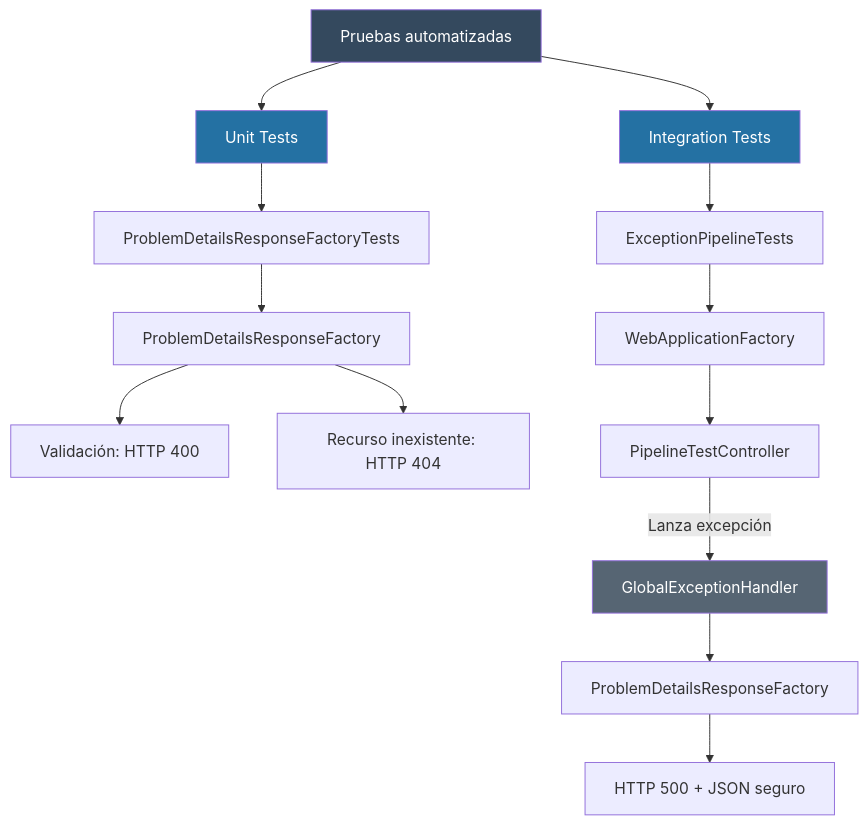
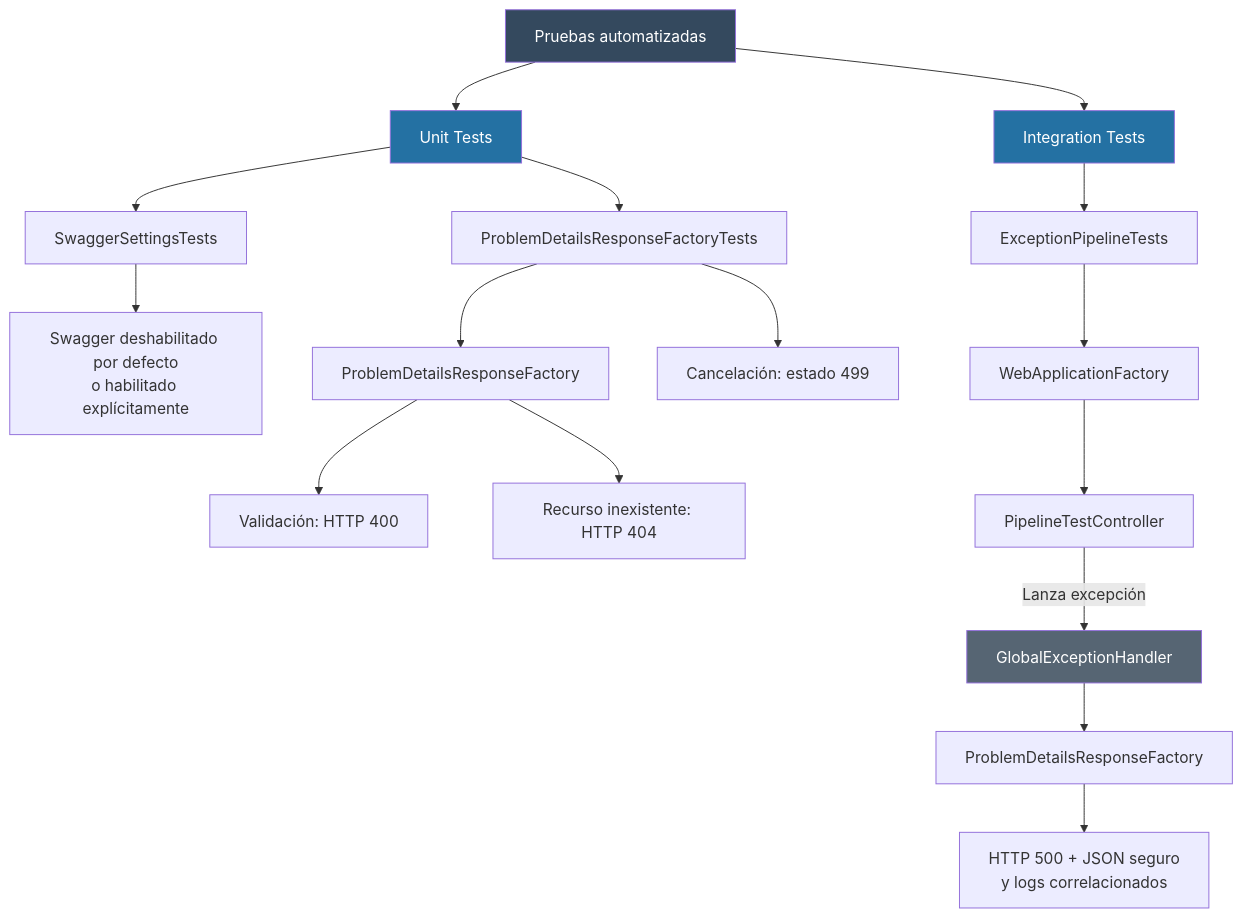
Before and after one commit to MLahuasi/FEPP-ContaOps: the eighth of 9 diagrams in specs/implementation/01-base-api-arquitectura-impl.md, drawn with Mermaid. The commit also changed other lines of this file and 9 other files, not shown here.

````diff
--- a/specs/implementation/01-base-api-arquitectura-impl.md
+++ b/specs/implementation/01-base-api-arquitectura-impl.md
@@ -669,24 +675,27 @@
 ```mermaid
 flowchart TD
     A["Pruebas automatizadas"]
 
     A --> B["Unit Tests"]
     A --> C["Integration Tests"]
 
     B --> D["ProblemDetailsResponseFactoryTests"]
+    B --> S["SwaggerSettingsTests"]
+    S --> T["Swagger deshabilitado por defecto<br/>o habilitado explícitamente"]
     D --> E["ProblemDetailsResponseFactory"]
     E --> F["Validación: HTTP 400"]
     E --> G["Recurso inexistente: HTTP 404"]
+    D --> X["Cancelación: estado 499"]
 
     C --> H["ExceptionPipelineTests"]
     H --> I["WebApplicationFactory"]
     I --> J["PipelineTestController"]
     J -->|Lanza excepción| K["GlobalExceptionHandler"]
     K --> L["ProblemDetailsResponseFactory"]
-    L --> M["HTTP 500 + JSON seguro"]
+    L --> M["HTTP 500 + JSON seguro<br/>y logs correlacionados"]
 
     style A fill:#34495e,color:#fff
     style B fill:#2471a3,color:#fff
     style C fill:#2471a3,color:#fff
     style K fill:#566573,color:#fff
 ```
````
